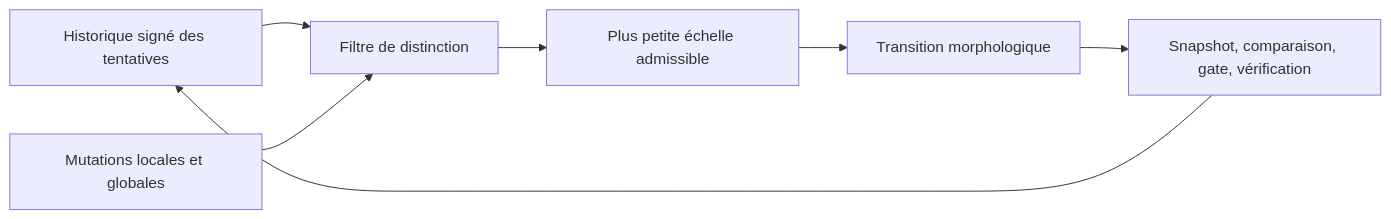
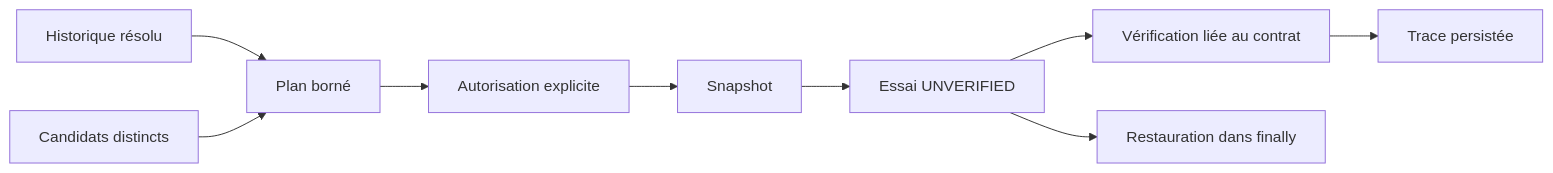
The diagram in docs/02-orchestration/spirale-de-deblocage.md (PISSARAW/GenOS), drawn with Mermaid before and after one commit. The commit also changed other lines of this file and 67 other files, not shown here.

````diff
--- a/docs/02-orchestration/spirale-de-deblocage.md
+++ b/docs/02-orchestration/spirale-de-deblocage.md
@@ -49,9 +47,11 @@
 ```mermaid
 flowchart LR
-  A[Historique signé des tentatives] --> S[Filtre de distinction]
-  C[Mutations locales et globales] --> S
-  S --> L[Plus petite échelle admissible]
-  L --> T[Transition morphologique]
-  T --> G[Snapshot, comparaison, gate, vérification]
-  G --> A
+  H[Historique résolu] --> P[Plan borné]
+  C[Candidats distincts] --> P
+  P --> A[Autorisation explicite]
+  A --> S[Snapshot]
+  S --> E[Essai UNVERIFIED]
+  E --> V[Vérification liée au contrat]
+  V --> R[Trace persistée]
+  E --> X[Restauration dans finally]
 ```
````
